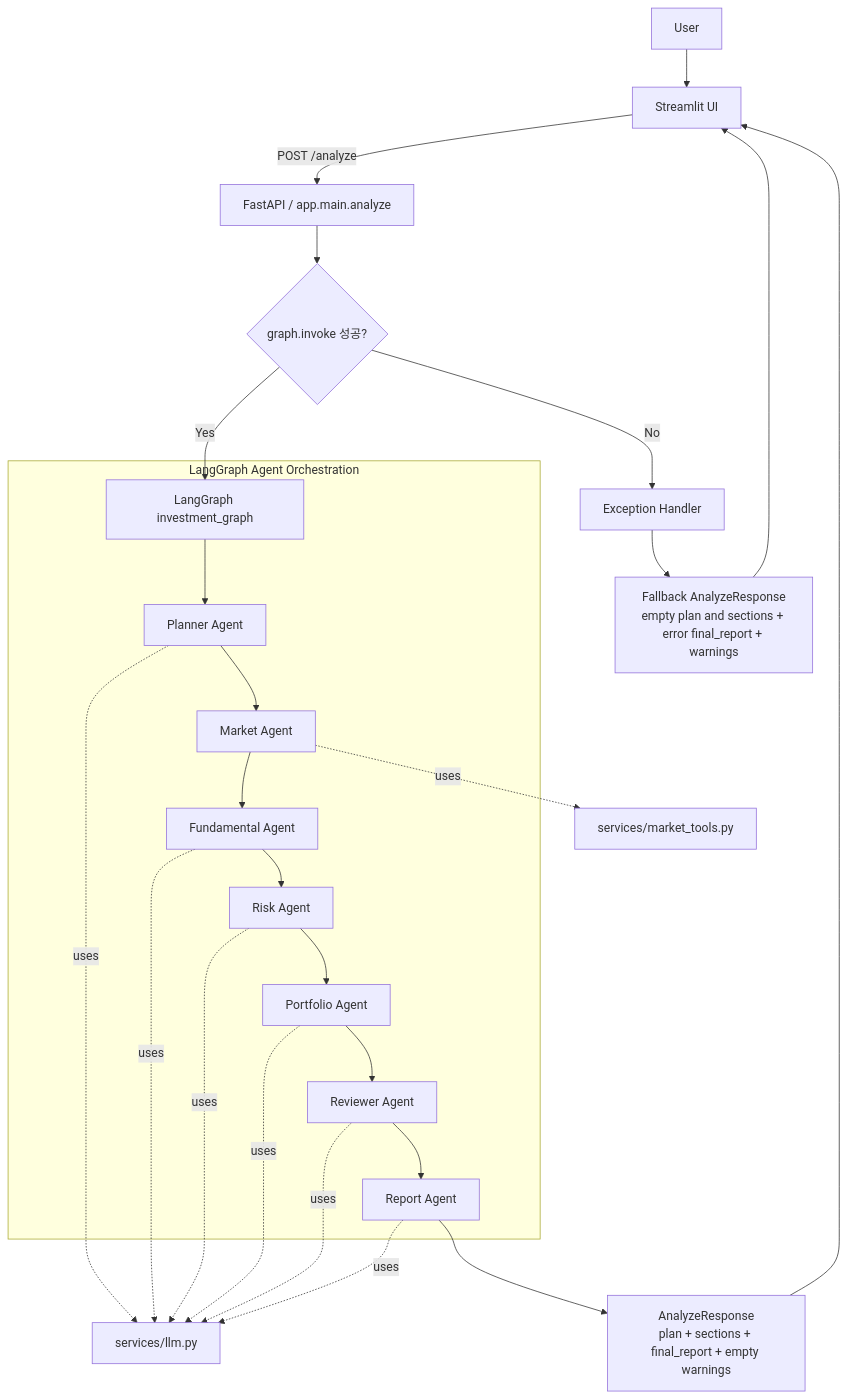
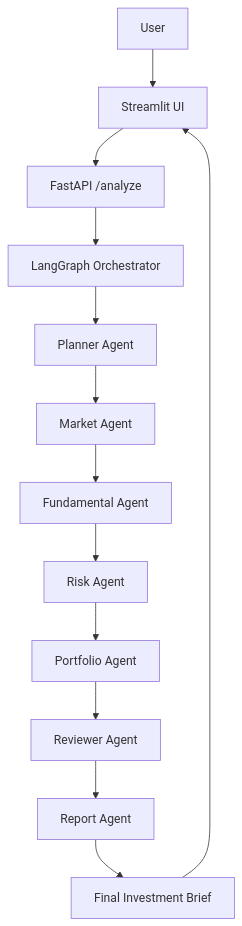
The diagram in Final/README.md (sebastiaok/InvestAI), drawn with Mermaid before and after one commit. The commit also changed other lines of this file and 5 other files, not shown here.

````diff
--- a/Final/README.md
+++ b/Final/README.md
@@ -64,33 +146,17 @@
 ```mermaid
 flowchart TD
     U[User] --> ST[Streamlit UI]
-    ST -->|POST /analyze| API[FastAPI / app.main.analyze]
+    ST --> API[FastAPI /analyze]
+    API --> G[LangGraph Orchestrator]
 
-    API --> TRY{graph.invoke 성공?}
-    TRY -->|Yes| G[LangGraph investment_graph]
-    TRY -->|No| EH[Exception Handler]
+    G --> P[Planner Agent]
+    P --> M[Market Agent]
+    M --> F[Fundamental Agent]
+    F --> R[Risk Agent]
+    R --> PO[Portfolio Agent]
+    PO --> RV[Reviewer Agent]
+    RV --> RP[Report Agent]
 
-    subgraph Agent_Orchestration[LangGraph Agent Orchestration]
-        G --> P[Planner Agent]
-        P --> M[Market Agent]
-        M --> F[Fundamental Agent]
-        F --> R[Risk Agent]
-        R --> PO[Portfolio Agent]
-        PO --> RV[Reviewer Agent]
-        RV --> RP[Report Agent]
-    end
-
-    P -. uses .-> LLM[services/llm.py]
-    M -. uses .-> TOOL[services/market_tools.py]
-    F -. uses .-> LLM
-    R -. uses .-> LLM
-    PO -. uses .-> LLM
-    RV -. uses .-> LLM
-    RP -. uses .-> LLM
-
-    RP --> OK[AnalyzeResponse<br/>plan + sections + final_report + empty warnings]
-    EH --> FAIL[Fallback AnalyzeResponse<br/>empty plan and sections + error final_report + warnings]
-
-    OK --> ST
-    FAIL --> ST
+    RP --> RES[Final Investment Brief]
+    RES --> ST
 ```
````
